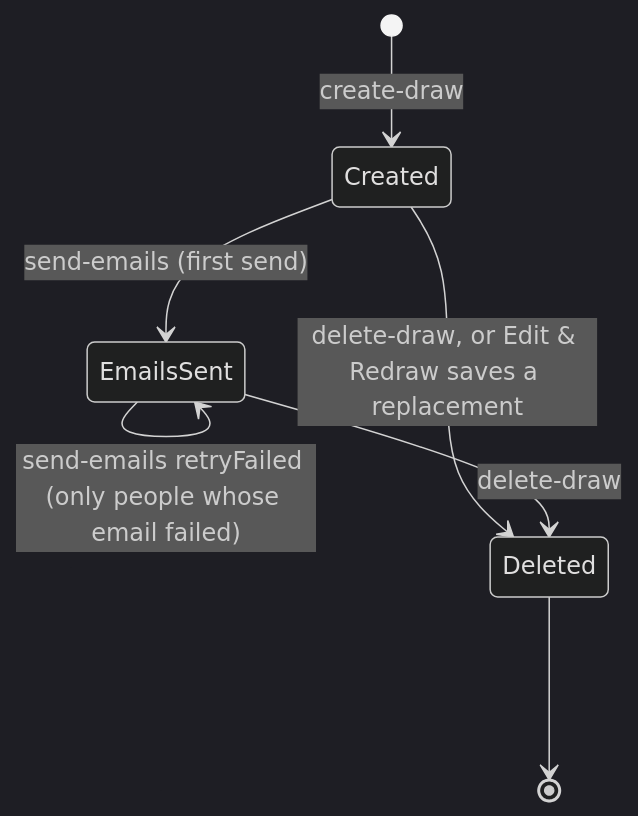
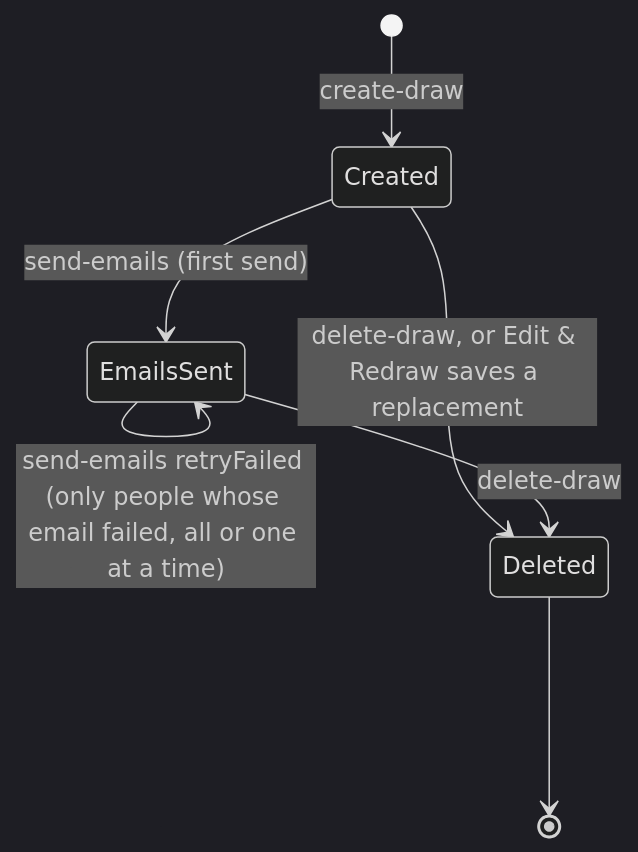
Before and after one commit to dan-basar/secret-santa: the diagram in docs/ARCHITECTURE.md, drawn with Mermaid (dark theme). The commit also changed other lines of this file and 20 other files, not shown here.

First line of the commit message:
Show each person's email status and let the organizer fix one failed email (F1) (#66)

````diff
--- a/docs/ARCHITECTURE.md
+++ b/docs/ARCHITECTURE.md
@@ -20,9 +20,9 @@
 ```mermaid
 stateDiagram-v2
     [*] --> Created: create-draw
     Created --> EmailsSent: send-emails (first send)
-    EmailsSent --> EmailsSent: send-emails retryFailed (only people whose email failed)
+    EmailsSent --> EmailsSent: send-emails retryFailed (only people whose email failed, all or one at a time)
     Created --> Deleted: delete-draw, or Edit & Redraw saves a replacement
     EmailsSent --> Deleted: delete-draw
     Deleted --> [*]
 ```
````
